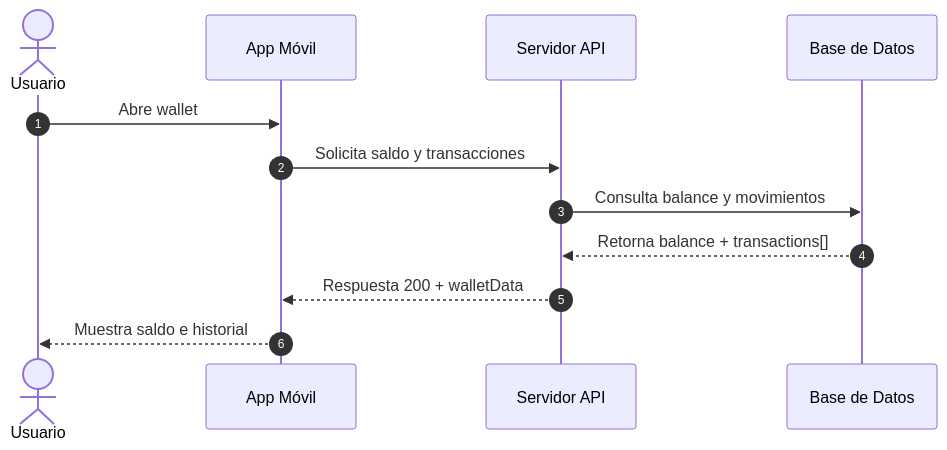
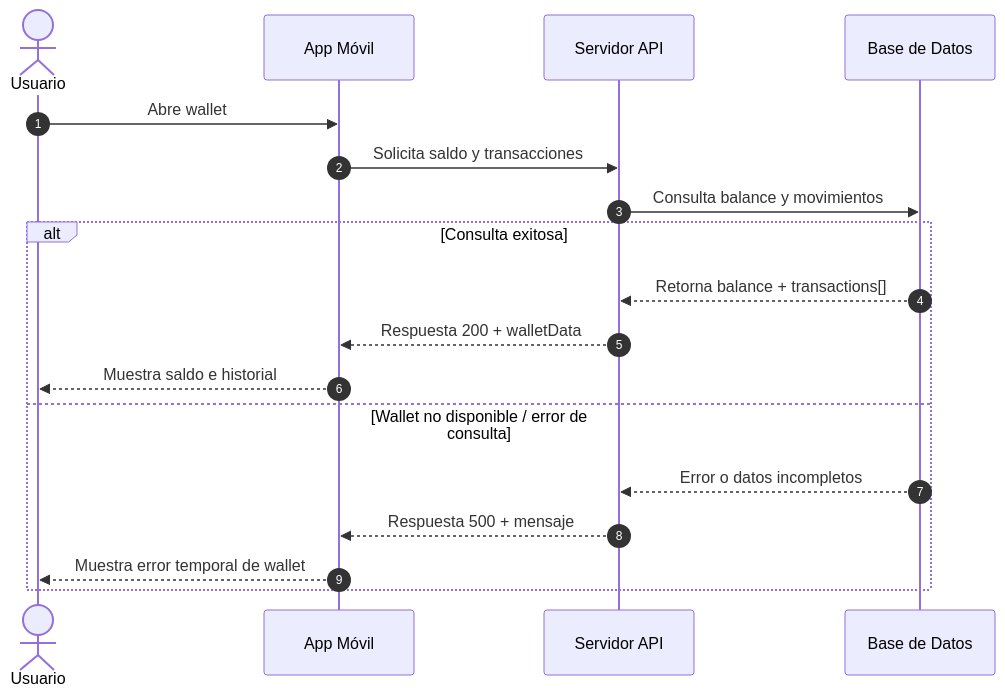
Before and after one commit to asobrados03/HumanPerformApp: diagram 12 of 12 in docs/SEQUENCE_DIAGRAMS.md, drawn with Mermaid. The commit also changed other lines of this file, not shown here.

Commit message:
docs: agrega unhappy paths en diagramas de secuencia

````diff
--- a/docs/SEQUENCE_DIAGRAMS.md
+++ b/docs/SEQUENCE_DIAGRAMS.md
@@ -207,15 +273,21 @@
 ```mermaid
 sequenceDiagram
     autonumber
     actor U as Usuario
     participant APP as App Móvil
     participant API as Servidor API
     participant DB as Base de Datos
 
     U->>APP: Abre wallet
     APP->>API: Solicita saldo y transacciones
     API->>DB: Consulta balance y movimientos
-    DB-->>API: Retorna balance + transactions[]
-    API-->>APP: Respuesta 200 + walletData
-    APP-->>U: Muestra saldo e historial
+    alt Consulta exitosa
+        DB-->>API: Retorna balance + transactions[]
+        API-->>APP: Respuesta 200 + walletData
+        APP-->>U: Muestra saldo e historial
+    else Wallet no disponible / error de consulta
+        DB-->>API: Error o datos incompletos
+        API-->>APP: Respuesta 500 + mensaje
+        APP-->>U: Muestra error temporal de wallet
+    end
 ```
````
